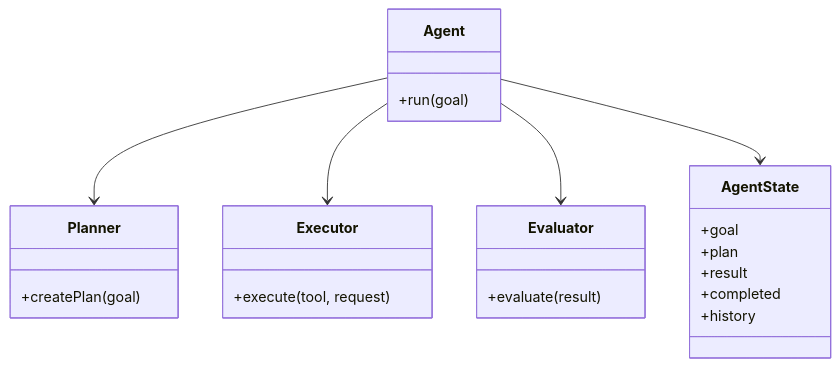
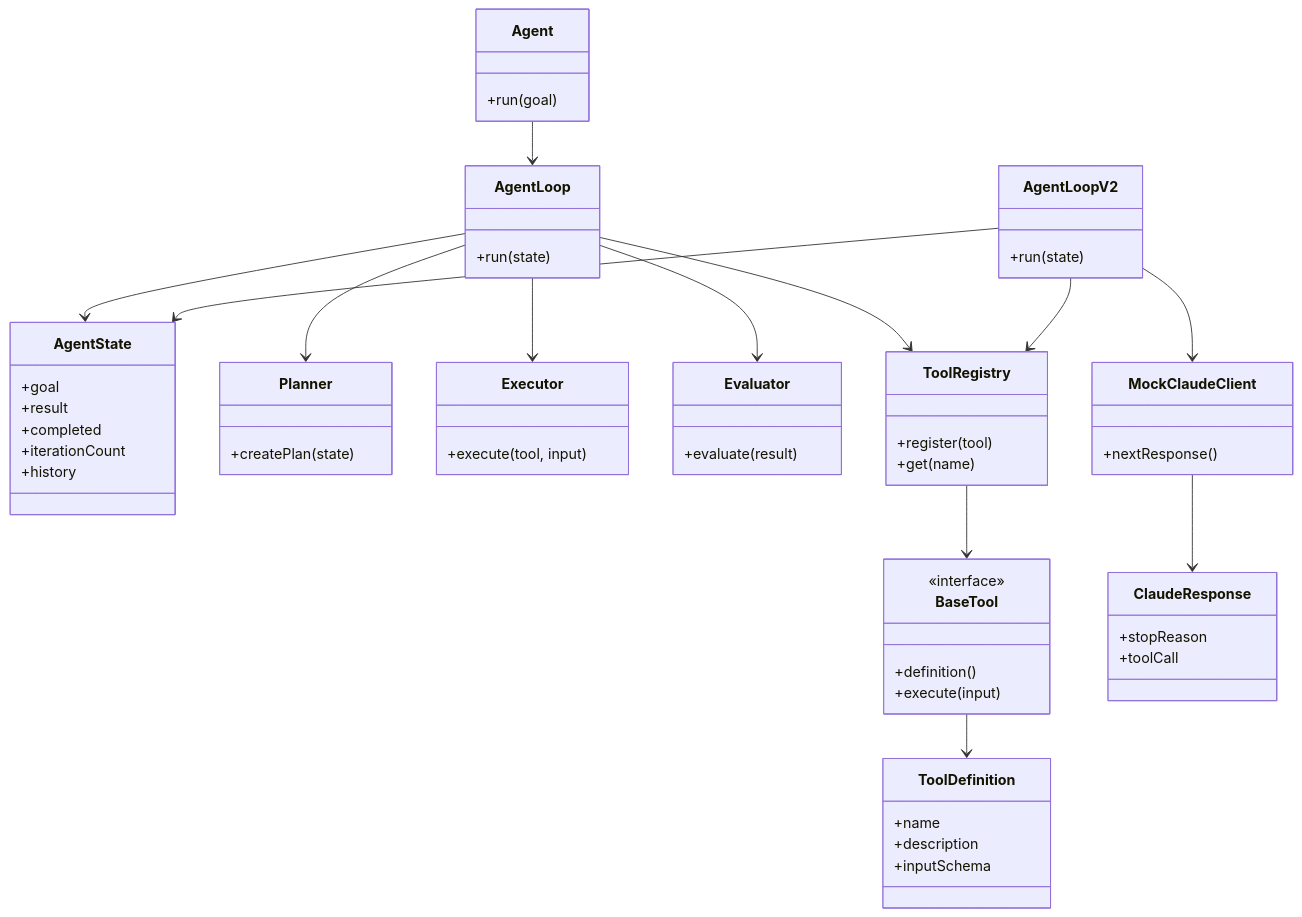
Before and after one commit to YashzAlphaGeek/agent-engineering-lab: the third of 4 diagrams in README.md, drawn with Mermaid. The commit also changed other lines of this file, not shown here.

Commit message:
update of mermaid and components with folder structure

````diff
--- a/README.md
+++ b/README.md
@@ -52,32 +98,74 @@
 ```mermaid
 classDiagram
 
     class Agent {
         +run(goal)
     }
 
+    class AgentLoop {
+        +run(state)
+    }
+
+    class AgentLoopV2 {
+        +run(state)
+    }
+
     class AgentState {
         +goal
-        +plan
         +result
         +completed
+        +iterationCount
         +history
     }
 
     class Planner {
-        +createPlan(goal)
+        +createPlan(state)
     }
 
     class Executor {
-        +execute(tool, request)
+        +execute(tool, input)
     }
 
     class Evaluator {
         +evaluate(result)
     }
 
-    Agent --> Planner
-    Agent --> Executor
-    Agent --> Evaluator
-    Agent --> AgentState
+    class ToolRegistry {
+        +register(tool)
+        +get(name)
+    }
+
+    class BaseTool {
+        <<interface>>
+        +definition()
+        +execute(input)
+    }
+
+    class ToolDefinition {
+        +name
+        +description
+        +inputSchema
+    }
+
+    class MockClaudeClient {
+        +nextResponse()
+    }
+
+    class ClaudeResponse {
+        +stopReason
+        +toolCall
+    }
+
+    Agent --> AgentLoop
+    AgentLoop --> AgentState
+    AgentLoop --> Planner
+    AgentLoop --> Executor
+    AgentLoop --> Evaluator
+    AgentLoop --> ToolRegistry
+    ToolRegistry --> BaseTool
+    BaseTool --> ToolDefinition
+    AgentLoopV2 --> MockClaudeClient
+    AgentLoopV2 --> AgentState
+    AgentLoopV2 --> ToolRegistry
+    MockClaudeClient --> ClaudeResponse
 ```
````
